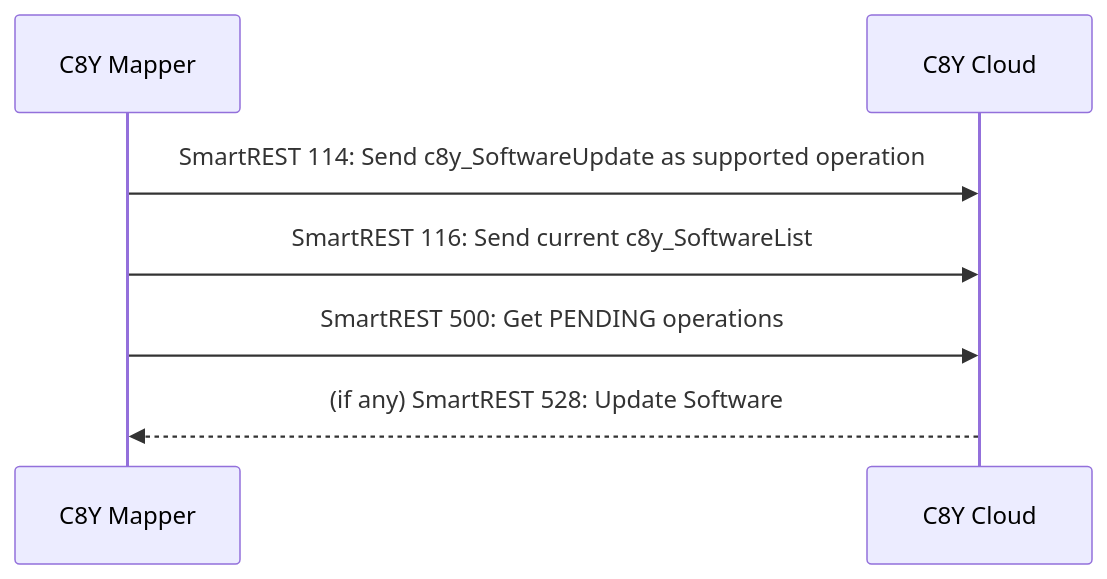
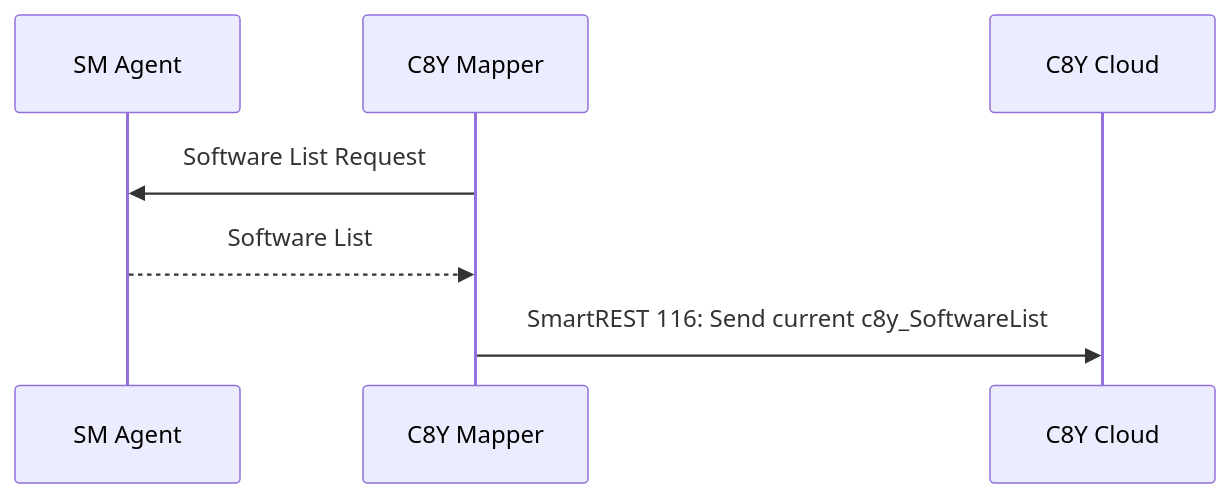
One commit to thin-edge/thin-edge.io-specs changed the first of 3 diagrams in src/software-management/contract-c8y-software-update.md. Above: the diagram before and after it, drawn with Mermaid. The commit also changed other lines of this file, not shown here.

Commit message:
Aligned with SM Agent specification.

````diff
--- a/src/software-management/contract-c8y-software-update.md
+++ b/src/software-management/contract-c8y-software-update.md
@@ -9,10 +9,10 @@
 ```mermaid
 sequenceDiagram
+    participant SM Agent
     participant C8Y Mapper
     participant C8Y Cloud
 
-    C8Y Mapper ->> C8Y Cloud: SmartREST 114: Send c8y_SoftwareUpdate as supported operation
+    C8Y Mapper ->> SM Agent: Software List Request
+    SM Agent -->> C8Y Mapper: Software List
     C8Y Mapper ->> C8Y Cloud: SmartREST 116: Send current c8y_SoftwareList
-    C8Y Mapper ->> C8Y Cloud: SmartREST 500: Get PENDING operations
-    C8Y Cloud -->> C8Y Mapper: (if any) SmartREST 528: Update Software
 ```
````
